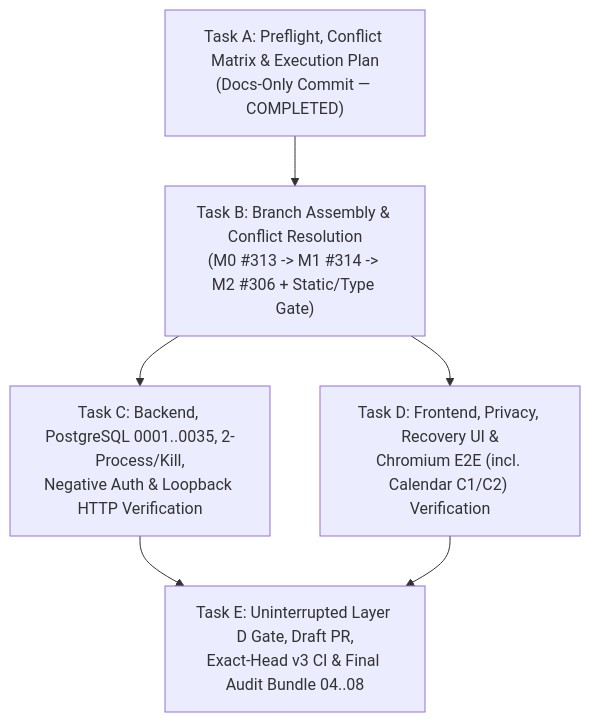
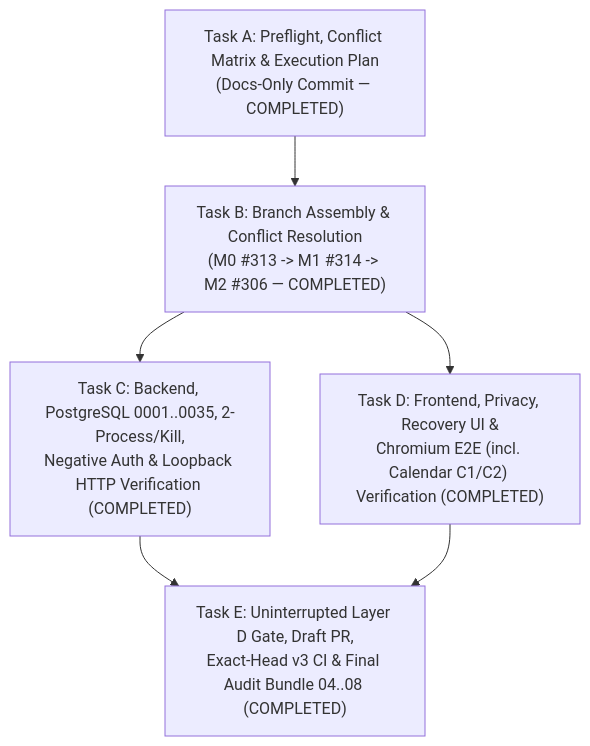
One commit to VinhDat267/ATI_Project changed the second of 2 diagrams in docs/audits/2026-11-10-cross-service-integration/01-INTEGRATION-EXECUTION-PLAN.md. Above: the diagram before and after it, drawn with Mermaid. The commit also changed other lines of this file and 11 other files, not shown here.

First line of the commit message:
docs(audit): complete cross-service v3 integration gate evidence bundle and verdicts

````diff
--- a/docs/audits/2026-11-10-cross-service-integration/01-INTEGRATION-EXECUTION-PLAN.md
+++ b/docs/audits/2026-11-10-cross-service-integration/01-INTEGRATION-EXECUTION-PLAN.md
@@ -115,8 +115,8 @@
 ```mermaid
 flowchart TD
-  A["Task A: Preflight, Conflict Matrix & Execution Plan<br/>(Docs-Only Commit — COMPLETED)"] --> B["Task B: Branch Assembly & Conflict Resolution<br/>(M0 #313 -> M1 #314 -> M2 #306 + Static/Type Gate)"]
-  B --> C["Task C: Backend, PostgreSQL 0001..0035, 2-Process/Kill,<br/>Negative Auth & Loopback HTTP Verification"]
-  B --> D["Task D: Frontend, Privacy, Recovery UI &<br/>Chromium E2E (incl. Calendar C1/C2) Verification"]
-  C --> E["Task E: Uninterrupted Layer D Gate, Draft PR,<br/>Exact-Head v3 CI & Final Audit Bundle 04..08"]
+  A["Task A: Preflight, Conflict Matrix & Execution Plan<br/>(Docs-Only Commit — COMPLETED)"] --> B["Task B: Branch Assembly & Conflict Resolution<br/>(M0 #313 -> M1 #314 -> M2 #306 — COMPLETED)"]
+  B --> C["Task C: Backend, PostgreSQL 0001..0035, 2-Process/Kill,<br/>Negative Auth & Loopback HTTP Verification (COMPLETED)"]
+  B --> D["Task D: Frontend, Privacy, Recovery UI &<br/>Chromium E2E (incl. Calendar C1/C2) Verification (COMPLETED)"]
+  C --> E["Task E: Uninterrupted Layer D Gate, Draft PR,<br/>Exact-Head v3 CI & Final Audit Bundle 04..08 (COMPLETED)"]
   D --> E
 ```
````
